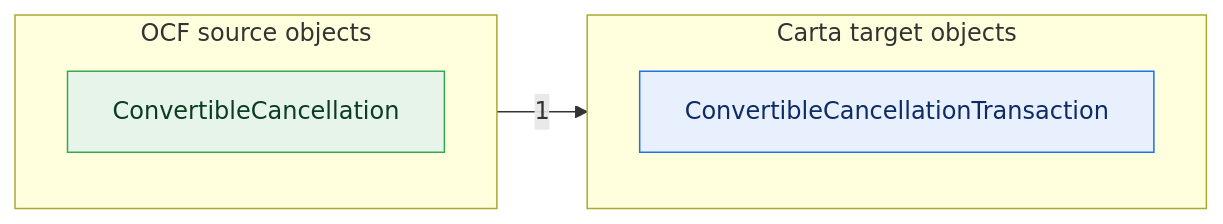
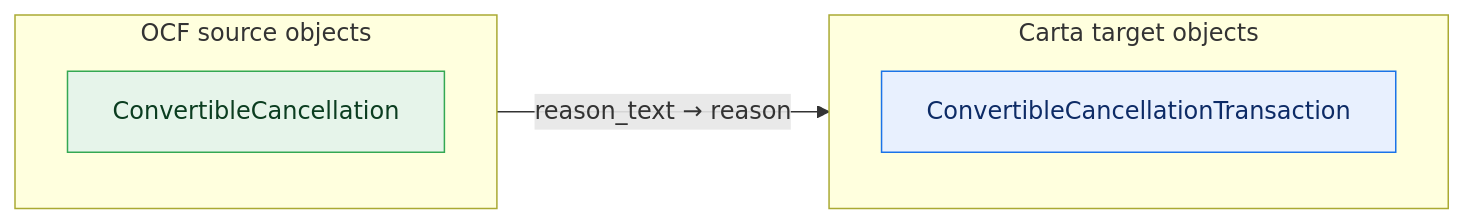
The sixth of 10 diagrams in core-rich/core-upstream.md (Open-Cap-Table-Coalition/OCF-Composed-Schemas), drawn with Mermaid before and after one commit. The commit also changed other lines of this file and 4 other files, not shown here.

First line of the commit message:
OCF Core: label loss-diagram edges with the property flowing

````diff
--- a/core-rich/core-upstream.md
+++ b/core-rich/core-upstream.md
@@ -127,16 +131,16 @@
 ```mermaid
 flowchart LR
   classDef adm fill:#e6f4ea,stroke:#34a853,color:#0b3d20;
   classDef notadm fill:#f1f3f4,stroke:#9aa0a6,color:#5f6368,stroke-dasharray:4 3;
   classDef carta fill:#e8f0fe,stroke:#1a73e8,color:#0d2b66;
   classDef sink fill:#fce8e6,stroke:#d93025,color:#5c0d06;
   subgraph SRC["OCF source objects"]
     direction TB
     o0["ConvertibleCancellation"]:::adm
   end
   subgraph TGT["Carta target objects"]
     direction TB
     t0["ConvertibleCancellationTransaction"]:::carta
   end
-  o0 -->|1| t0
+  o0 -->|"reason_text → reason"| t0
 ```
````
